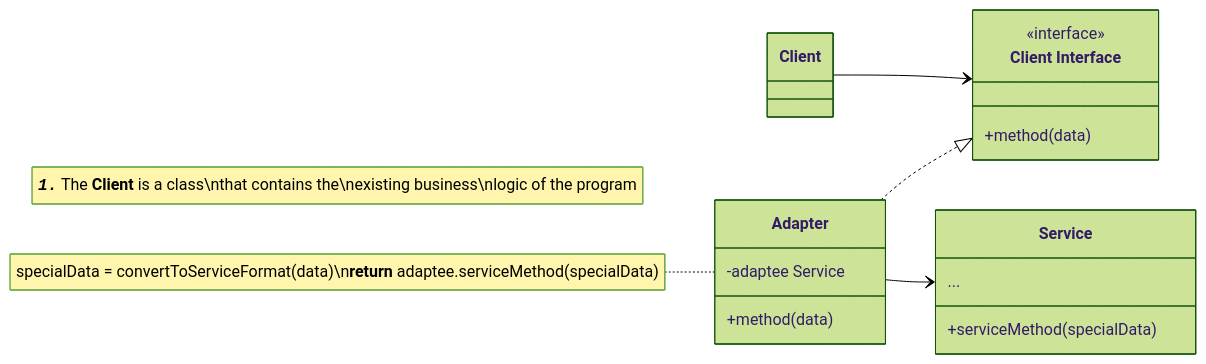
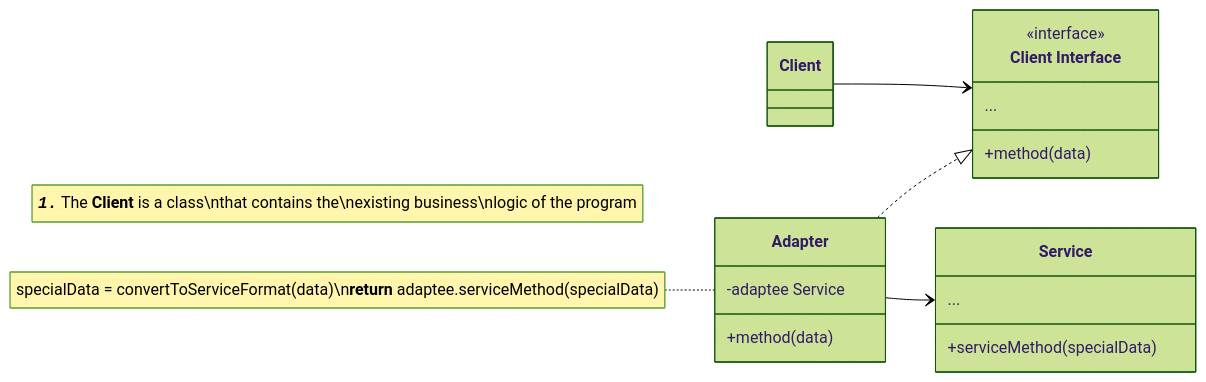
Before and after one commit to corbeau217/cpp_opengl_vehicles: the second of 10 diagrams in docs/docs_03_designables_suppliment_01.md, drawn with Mermaid (forest theme). The commit also changed other lines of this file and 1 other file, not shown here.

Commit message:
completed the design pattern uml diagrams

````diff
--- a/docs/docs_03_designables_suppliment_01.md
+++ b/docs/docs_03_designables_suppliment_01.md
@@ -81,23 +81,24 @@
 ```mermaid
 classDiagram
     direction LR
     note "<b><i><code>1.</code></i></b> The <b>Client</b> is a class\nthat contains the\nexisting business\nlogic of the program"
 
     class Client
     class ClientInterface["Client Interface"]{
         <<interface>>
+        ...
         +method(data)
     }
     class Adapter{
         -adaptee Service
         +method(data)
     }
     note for Adapter "specialData = convertToServiceFormat(data)\n<b>return</b> adaptee.serviceMethod(specialData)"
     class Service{
         ...
         +serviceMethod(specialData)
     }
     Client --> ClientInterface
     Adapter ..|> ClientInterface
     Adapter --> Service
 ```
````
